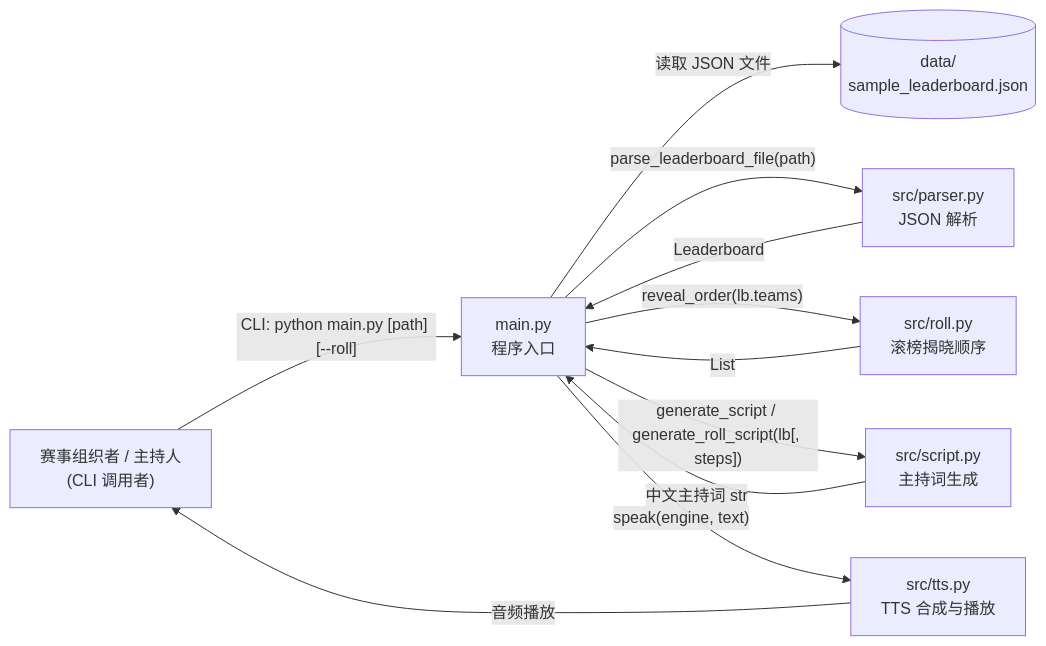
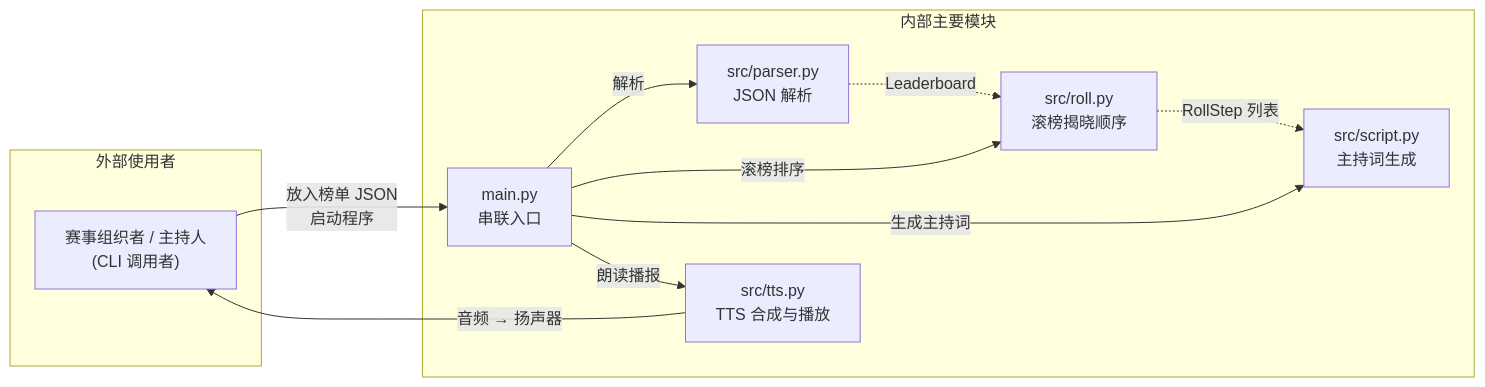
One commit to DemonSh1ver/ai-contest-host changed the diagram in reports/day02.md. Above: the diagram before and after it, drawn with Mermaid. The commit also changed other lines of this file, not shown here.

Commit message:
docs: simplify module diagram to two-layer drawing per guide

````diff
--- a/reports/day02.md
+++ b/reports/day02.md
@@ -20,21 +20,24 @@
 ```mermaid
 graph LR
-    User["赛事组织者 / 主持人<br/>(CLI 调用者)"]
-    Main["main.py<br/>程序入口"]
-    Parser["src/parser.py<br/>JSON 解析"]
-    Roll["src/roll.py<br/>滚榜揭晓顺序"]
-    Script["src/script.py<br/>主持词生成"]
-    TTS["src/tts.py<br/>TTS 合成与播放"]
-    Data[("data/<br/>sample_leaderboard.json")]
+    subgraph External["外部使用者"]
+        User["赛事组织者 / 主持人<br/>(CLI 调用者)"]
+    end
 
-    User -- "CLI: python main.py [path] [--roll]" --> Main
-    Main -- "读取 JSON 文件" --> Data
-    Main -- "parse_leaderboard_file(path)" --> Parser
-    Parser -- "Leaderboard" --> Main
-    Main -- "reveal_order(lb.teams)" --> Roll
-    Roll -- "List<RollStep>" --> Main
-    Main -- "generate_script / generate_roll_script(lb[, steps])" --> Script
-    Script -- "中文主持词 str" --> Main
-    Main -- "speak(engine, text)" --> TTS
-    TTS -- "音频播放" --> User
+    subgraph Internal["内部主要模块"]
+        Main["main.py<br/>串联入口"]
+        Parser["src/parser.py<br/>JSON 解析"]
+        Roll["src/roll.py<br/>滚榜揭晓顺序"]
+        Script["src/script.py<br/>主持词生成"]
+        TTS["src/tts.py<br/>TTS 合成与播放"]
+    end
+
+    User -- "放入榜单 JSON<br/>启动程序" --> Main
+    Main -- "解析" --> Parser
+    Main -- "滚榜排序" --> Roll
+    Main -- "生成主持词" --> Script
+    Main -- "朗读播报" --> TTS
+    TTS -- "音频 → 扬声器" --> User
+
+    Parser -. "Leaderboard" .-> Roll
+    Roll -. "RollStep 列表" .-> Script
 ```
````
